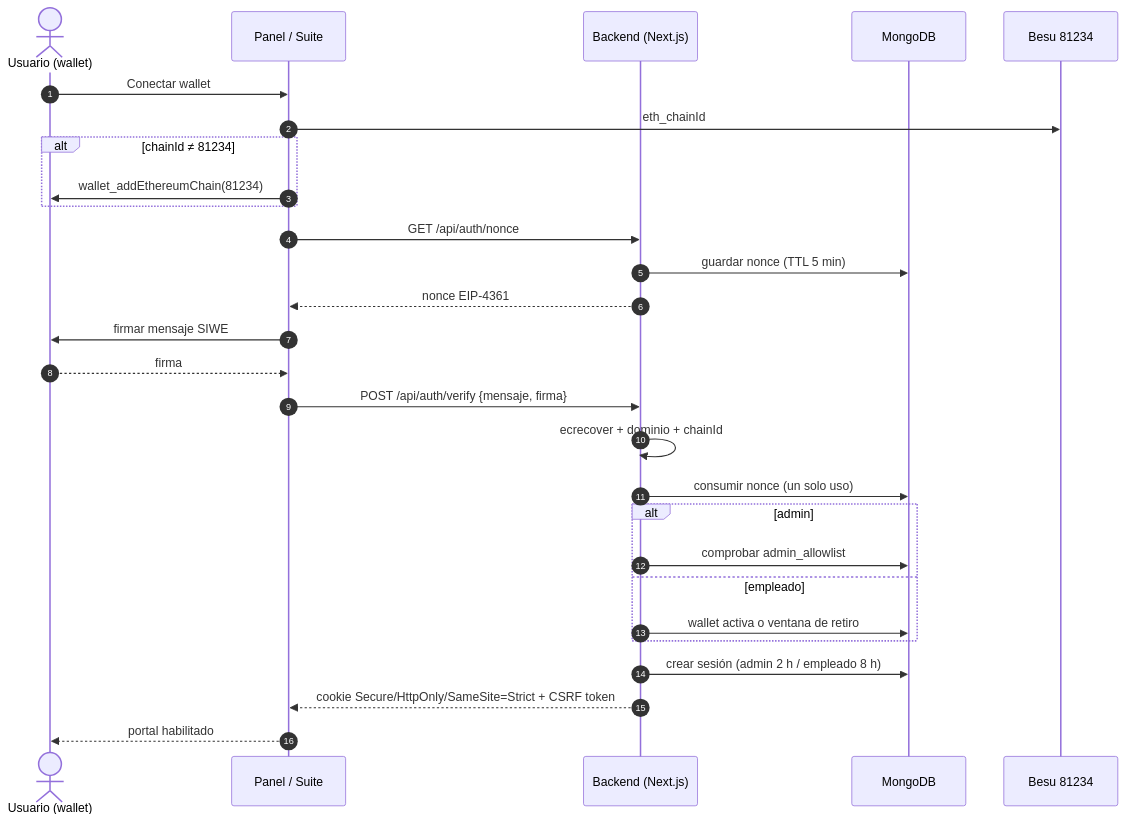
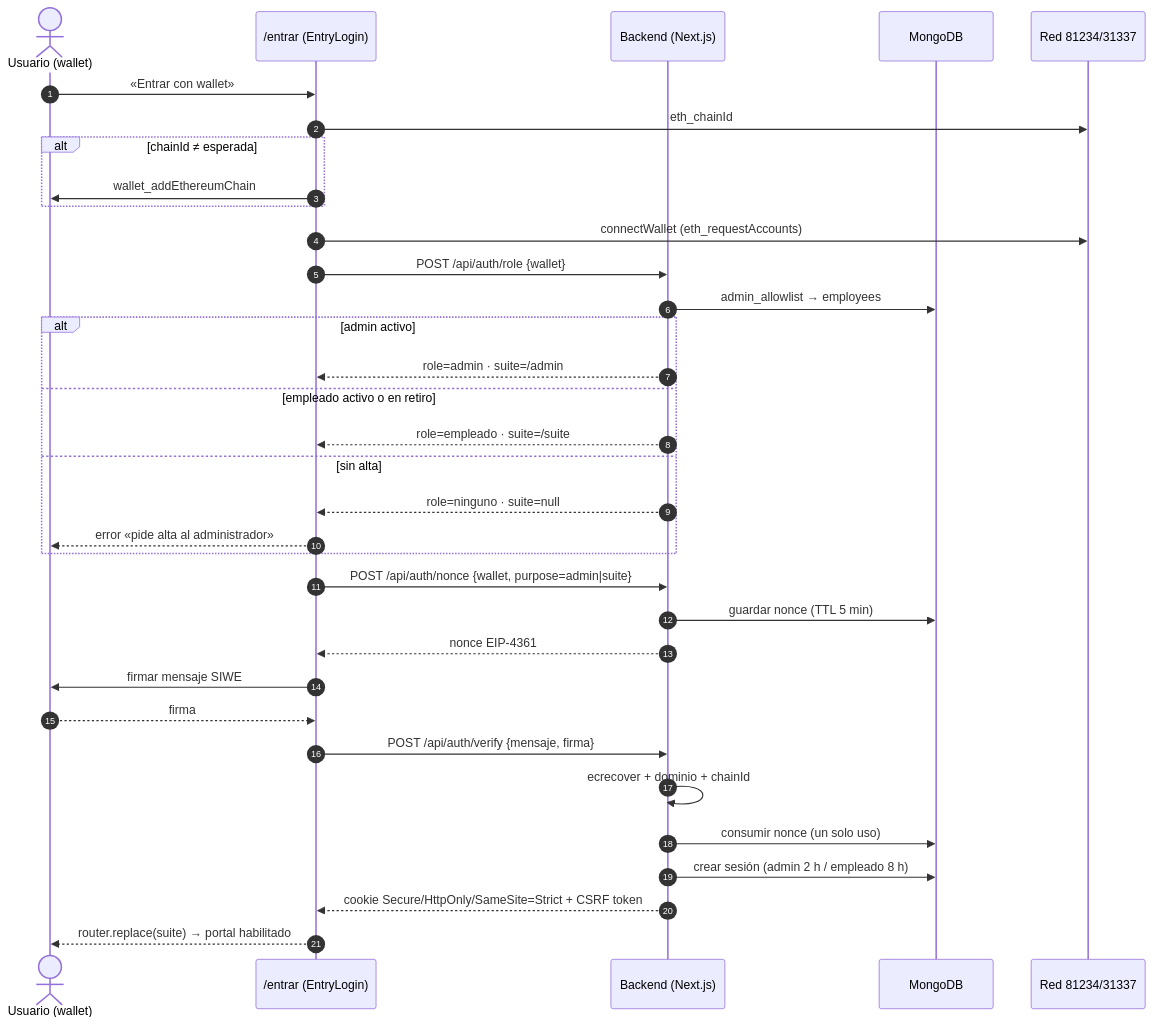
One commit to anlucorporations/superfluid changed the first of 9 diagrams in RepoTecnico/casos_uso/03_secuencias.md. Above: the diagram before and after it, drawn with Mermaid. The commit also changed other lines of this file and 64 other files, not shown here.

First line of the commit message:
Manuales y casos de uso: Portal del Empleado, validacion de wallet y downgrade tope 80% (CU-17)

````diff
--- a/RepoTecnico/casos_uso/03_secuencias.md
+++ b/RepoTecnico/casos_uso/03_secuencias.md
@@ -8,31 +12,37 @@
 ```mermaid
 sequenceDiagram
     autonumber
     actor U as Usuario (wallet)
-    participant UI as Panel / Suite
+    participant E as /entrar (EntryLogin)
     participant API as Backend (Next.js)
     participant DB as MongoDB
-    participant RPC as Besu 81234
+    participant RPC as Red 81234/31337
 
-    U->>UI: Conectar wallet
-    UI->>RPC: eth_chainId
-    alt chainId ≠ 81234
-        UI->>U: wallet_addEthereumChain(81234)
+    U->>E: «Entrar con wallet»
+    E->>RPC: eth_chainId
+    alt chainId ≠ esperada
+        E->>U: wallet_addEthereumChain
     end
-    UI->>API: GET /api/auth/nonce
+    E->>RPC: connectWallet (eth_requestAccounts)
+    E->>API: POST /api/auth/role {wallet}
+    API->>DB: admin_allowlist → employees
+    alt admin activo
+        API-->>E: role=admin · suite=/admin
+    else empleado activo o en retiro
+        API-->>E: role=empleado · suite=/suite
+    else sin alta
+        API-->>E: role=ninguno · suite=null
+        E-->>U: error «pide alta al administrador»
+    end
+    E->>API: POST /api/auth/nonce {wallet, purpose=admin|suite}
     API->>DB: guardar nonce (TTL 5 min)
-    API-->>UI: nonce EIP-4361
-    UI->>U: firmar mensaje SIWE
-    U-->>UI: firma
-    UI->>API: POST /api/auth/verify {mensaje, firma}
+    API-->>E: nonce EIP-4361
+    E->>U: firmar mensaje SIWE
+    U-->>E: firma
+    E->>API: POST /api/auth/verify {mensaje, firma}
     API->>API: ecrecover + dominio + chainId
     API->>DB: consumir nonce (un solo uso)
-    alt admin
-        API->>DB: comprobar admin_allowlist
-    else empleado
-        API->>DB: wallet activa o ventana de retiro
-    end
     API->>DB: crear sesión (admin 2 h / empleado 8 h)
-    API-->>UI: cookie Secure/HttpOnly/SameSite=Strict + CSRF token
-    UI-->>U: portal habilitado
+    API-->>E: cookie Secure/HttpOnly/SameSite=Strict + CSRF token
+    E-->>U: router.replace(suite) → portal habilitado
 ```
````
